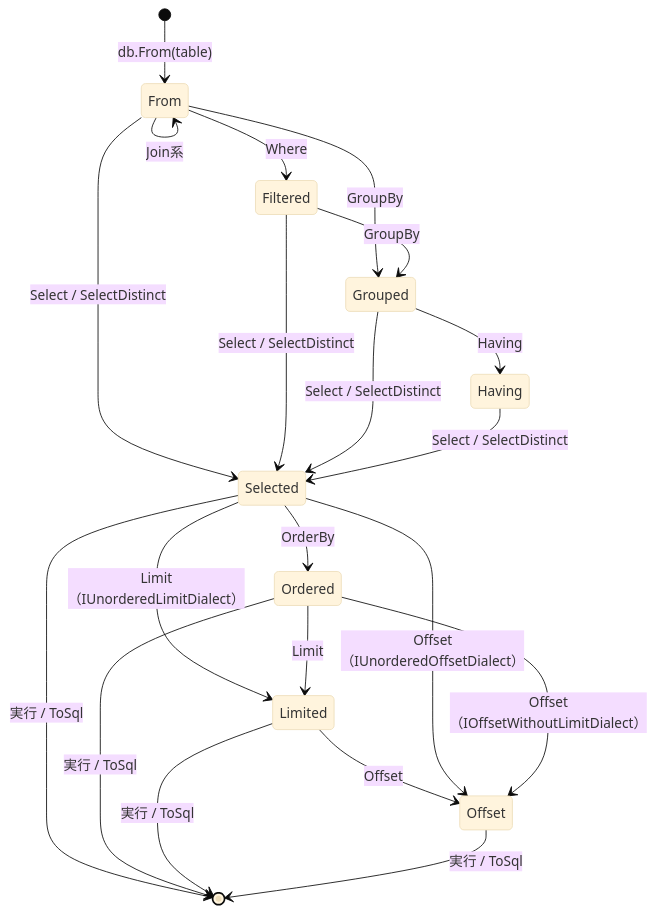
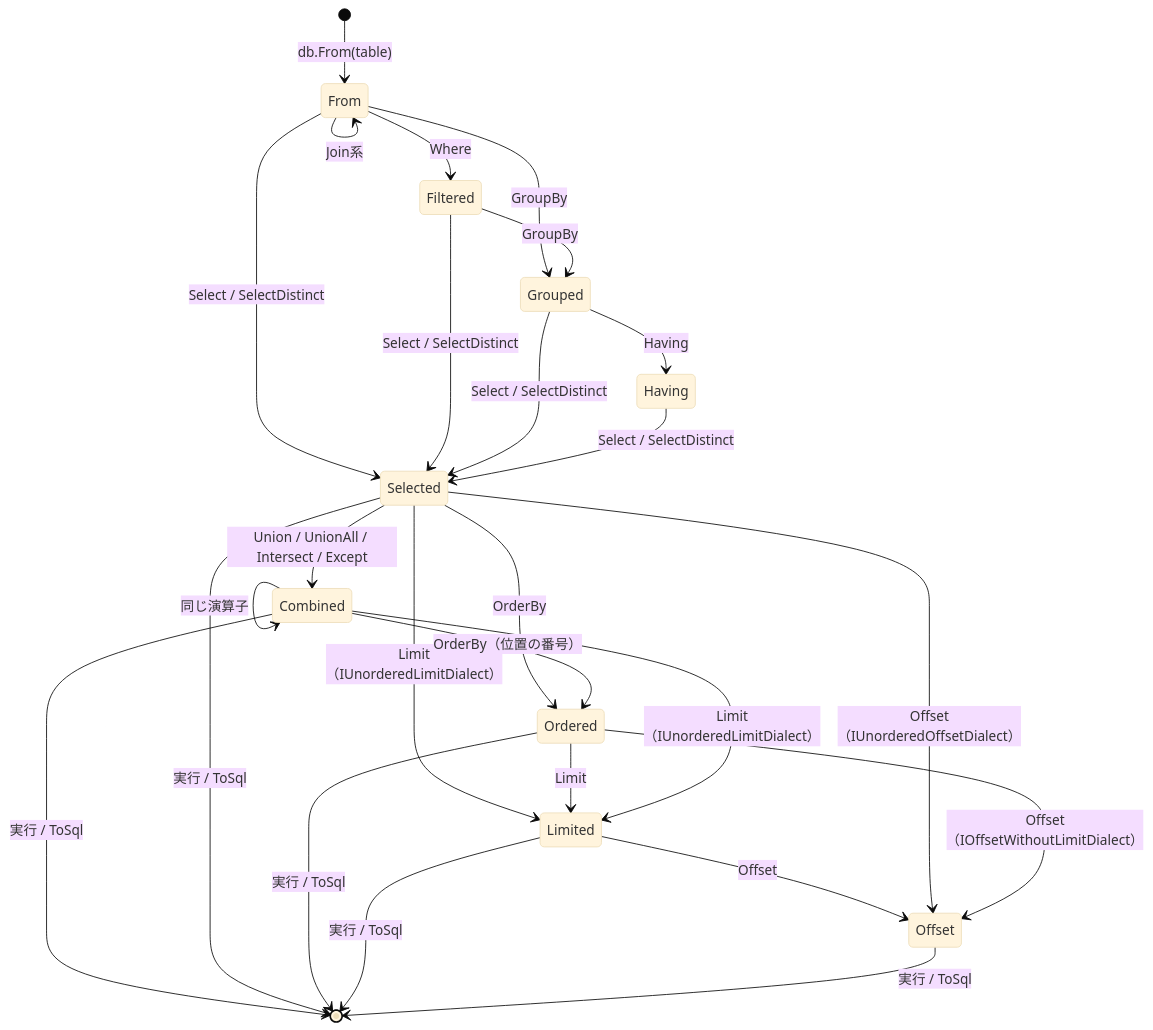
Before and after one commit to YUKIKEDA/AuraORM: the second of 2 diagrams in docs/design.ja.md, drawn with Mermaid (base theme). The commit also changed other lines of this file and 2 other files, not shown here.

````diff
--- a/docs/design.ja.md
+++ b/docs/design.ja.md
@@ -480,23 +483,28 @@
 ```mermaid
 stateDiagram-v2
     [*] --> From: db.From(table)
     From --> From: Join系
     From --> Filtered: Where
     From --> Grouped: GroupBy
     Filtered --> Grouped: GroupBy
     Grouped --> Having: Having
     From --> Selected: Select / SelectDistinct
     Filtered --> Selected: Select / SelectDistinct
     Grouped --> Selected: Select / SelectDistinct
     Having --> Selected: Select / SelectDistinct
     Selected --> Ordered: OrderBy
     Selected --> Limited: Limit（IUnorderedLimitDialect）
     Ordered --> Limited: Limit
     Limited --> Offset: Offset
     Selected --> Offset: Offset（IUnorderedOffsetDialect）
     Ordered --> Offset: Offset（IOffsetWithoutLimitDialect）
+    Selected --> Combined: Union / UnionAll / Intersect / Except
+    Combined --> Combined: 同じ演算子
+    Combined --> Ordered: OrderBy（位置の番号）
+    Combined --> Limited: Limit（IUnorderedLimitDialect）
+    Combined --> [*]: 実行 / ToSql
     Selected --> [*]: 実行 / ToSql
     Ordered --> [*]: 実行 / ToSql
     Limited --> [*]: 実行 / ToSql
     Offset --> [*]: 実行 / ToSql
 ```
````
